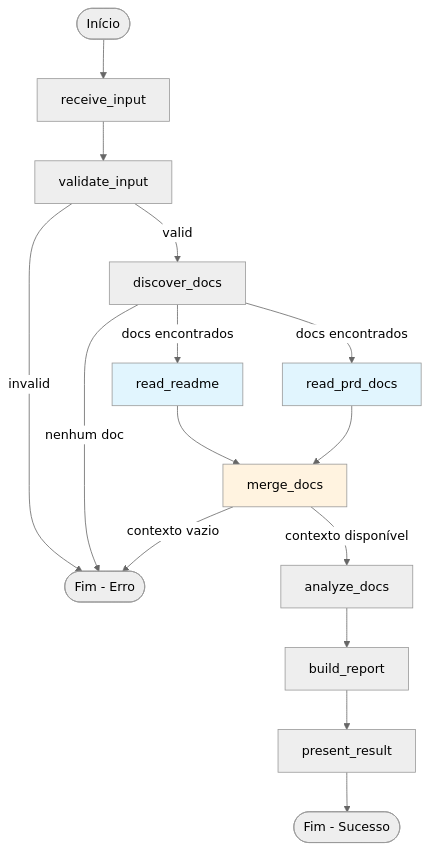
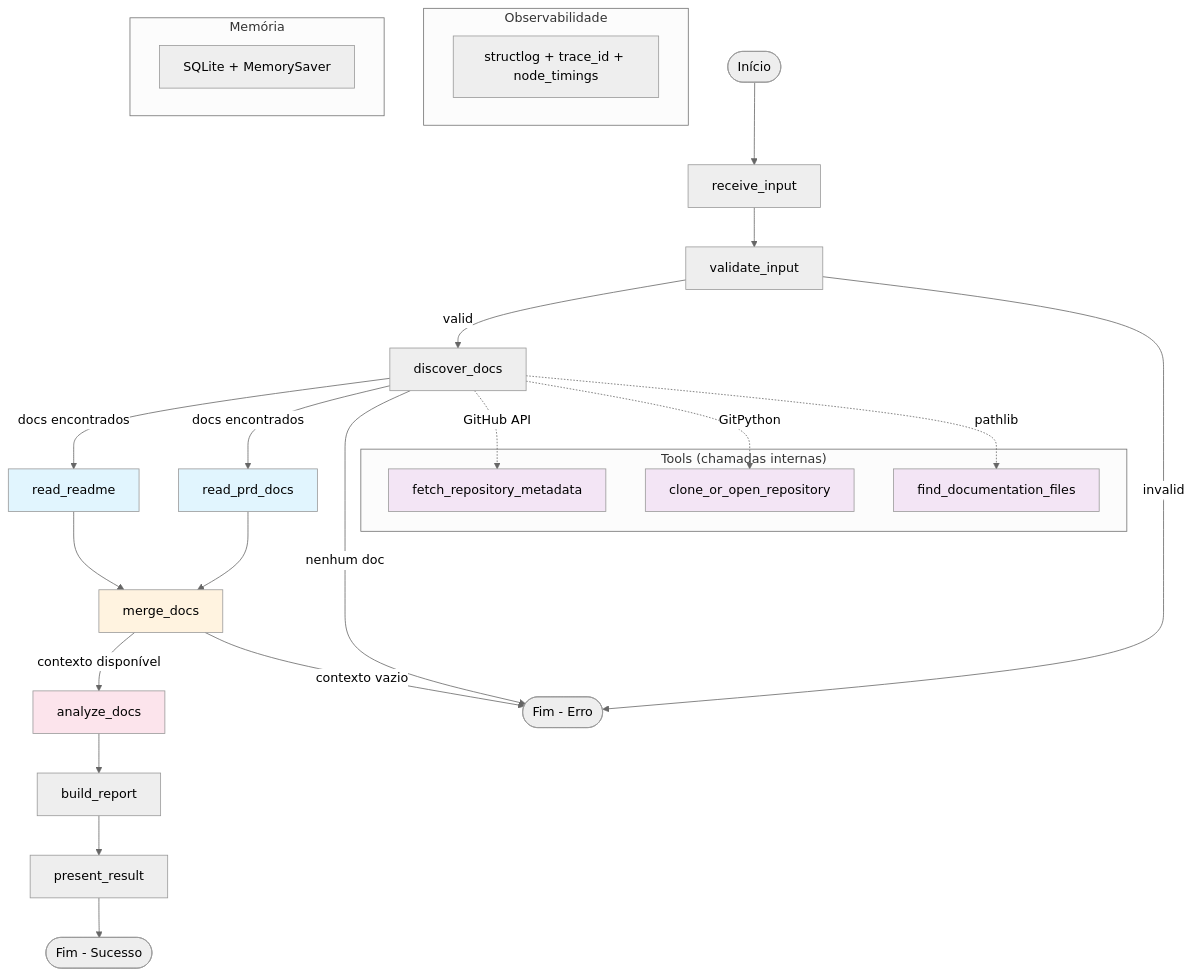
One commit to biel1993ph/doc-intelligence-agent changed the diagram in README.md. Above: the diagram before and after it, drawn with Mermaid (neutral theme). The commit also changed other lines of this file and 1 other file, not shown here.

````diff
--- a/README.md
+++ b/README.md
@@ -29,21 +29,47 @@
 ```mermaid
 flowchart TD
     START([Início]) --> RI[receive_input]
     RI --> VI[validate_input]
     VI -->|valid| DD[discover_docs]
     VI -->|invalid| END_ERR([Fim - Erro])
+
     DD -->|docs encontrados| RR[read_readme]
     DD -->|docs encontrados| RPD[read_prd_docs]
     DD -->|nenhum doc| END_ERR
+
     RR --> MD[merge_docs]
     RPD --> MD
+
     MD -->|contexto disponível| AD[analyze_docs]
     MD -->|contexto vazio| END_ERR
+
     AD --> BR[build_report]
     BR --> PR[present_result]
     PR --> END([Fim - Sucesso])
 
+    subgraph "Tools (chamadas internas)"
+        T1[fetch_repository_metadata]
+        T2[clone_or_open_repository]
+        T3[find_documentation_files]
+    end
+
+    DD -.->|GitHub API| T1
+    DD -.->|GitPython| T2
+    DD -.->|pathlib| T3
+
+    subgraph "Observabilidade"
+        OBS[structlog + trace_id + node_timings]
+    end
+
+    subgraph "Memória"
+        MEM[SQLite + MemorySaver]
+    end
+
     style RR fill:#e1f5fe
     style RPD fill:#e1f5fe
     style MD fill:#fff3e0
+    style AD fill:#fce4ec
+    style T1 fill:#f3e5f5
+    style T2 fill:#f3e5f5
+    style T3 fill:#f3e5f5
 ```
````
